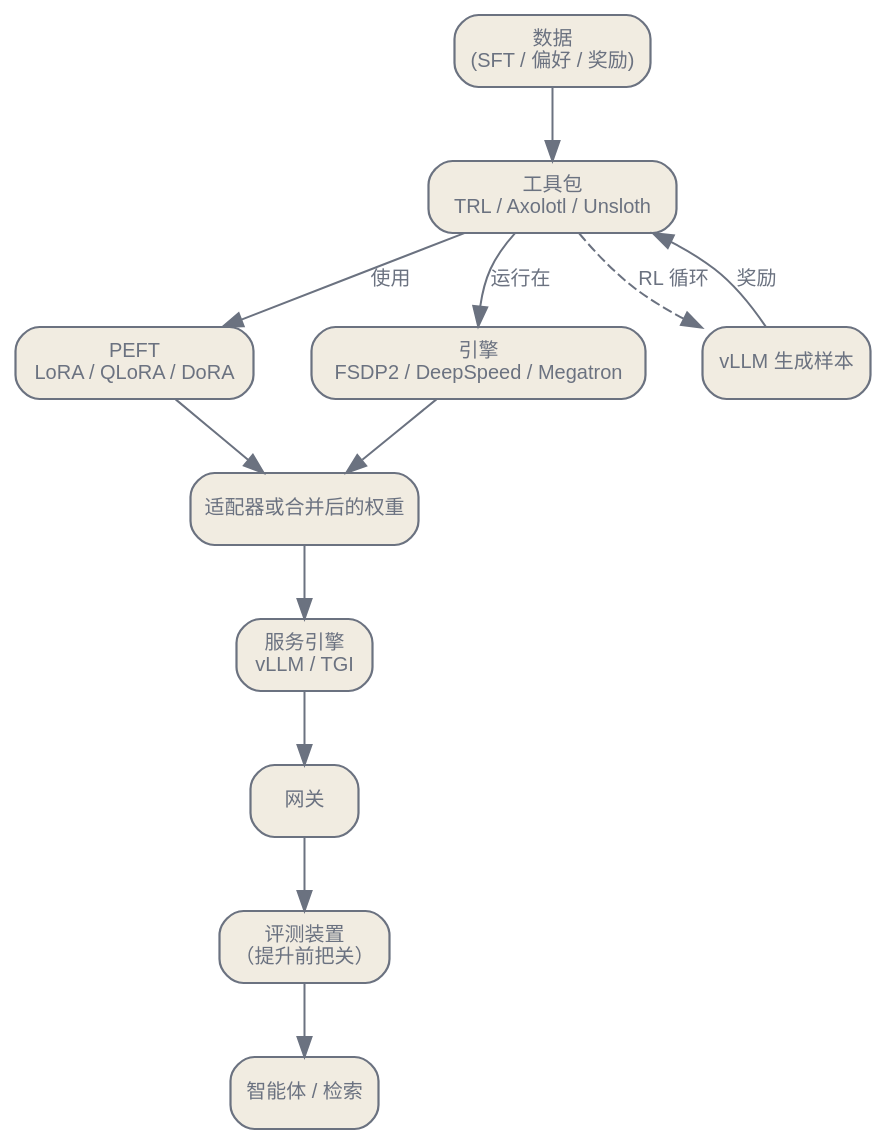
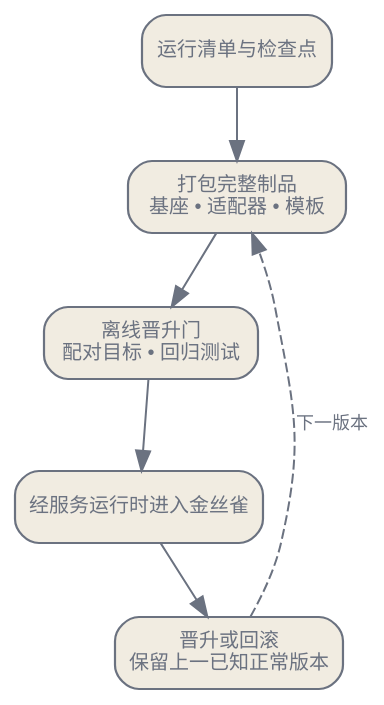
Before and after one commit to latere-ai/ai-as-an-infrastructure: the third of 3 diagrams in zh/practice/04-training-finetuning-practice.qmd, drawn with Graphviz. The commit also changed other lines of this file and 2 other files, not shown here.

````diff
--- a/zh/practice/04-training-finetuning-practice.qmd
+++ b/zh/practice/04-training-finetuning-practice.qmd
@@ -203,34 +350,19 @@
 ```{dot}
 //| label: fig-training-wiring
-//| fig-cap: "端到端接线。一个工具包驱动 PEFT 与一个分布式引擎产出权重，权重随后流经服务、网关、评估，以及智能体与检索层。在 RL 情形里，服务引擎（vLLM）坐在训练循环内部。"
-digraph {
+//| fig-cap: "晋升和部署都可回退。候选制品通过服务运行时评估，先进入金丝雀群组，然后晋升或退回上一已知正常制品。"
+digraph release {
+  rankdir=TB;
   bgcolor="transparent";
-  rankdir=TB;
-  nodesep=0.4; ranksep=0.5;
   node [shape=box, style="rounded,filled", fontname="Helvetica", fontsize=10, color="#6b7280", fontcolor="#6b7280", fillcolor="#f1ece1", penwidth=1.1];
-  edge [fontsize=10, fontname="Helvetica", color="#6b7280", fontcolor="#6b7280"];
+  edge [fontname="Helvetica", fontsize=9, color="#6b7280", fontcolor="#6b7280"];
 
-  data [label="数据\n(SFT / 偏好 / 奖励)"];
-  toolkit [label="工具包\nTRL / Axolotl / Unsloth"];
-  peft [label="PEFT\nLoRA / QLoRA / DoRA"];
-  engine [label="引擎\nFSDP2 / DeepSpeed / Megatron"];
-  weights [label="适配器或合并后的权重"];
-  vllm [label="vLLM 生成样本"];
-  serving [label="服务引擎\nvLLM / TGI"];
-  gateway [label="网关"];
-  eval [label="评测装置\n（提升前把关）"];
-  agents [label="智能体 / 检索"];
+  manifest [label="运行清单与检查点"];
+  package [label="打包完整制品\n基座 • 适配器 • 模板"];
+  offline [label="离线晋升门\n配对目标 • 回归测试"];
+  canary [label="经服务运行时进入金丝雀"];
+  promote [label="晋升或回滚\n保留上一已知正常版本"];
 
-  data -> toolkit;
-  toolkit -> peft [label="使用"];
-  toolkit -> engine [label="运行在"];
-  peft -> weights;
-  engine -> weights;
-  toolkit -> vllm [style=dashed, label="RL 循环"];
-  vllm -> toolkit [label="奖励"];
-  weights -> serving;
-  serving -> gateway;
-  gateway -> eval;
-  eval -> agents;
+  manifest -> package -> offline -> canary -> promote;
+  promote -> package [label="下一版本", style=dashed];
 }
 ```
````
